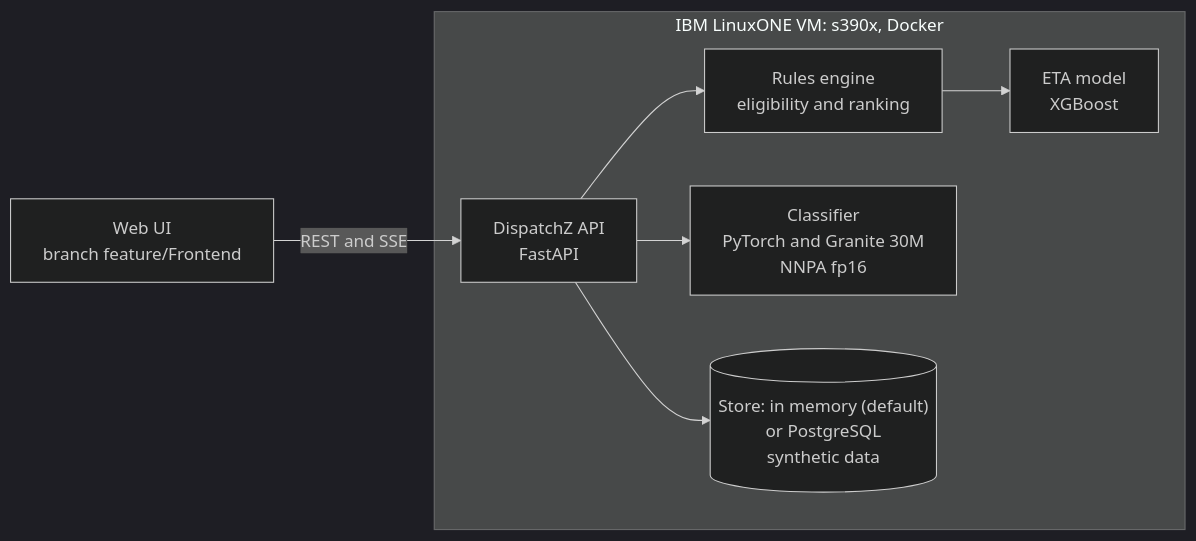
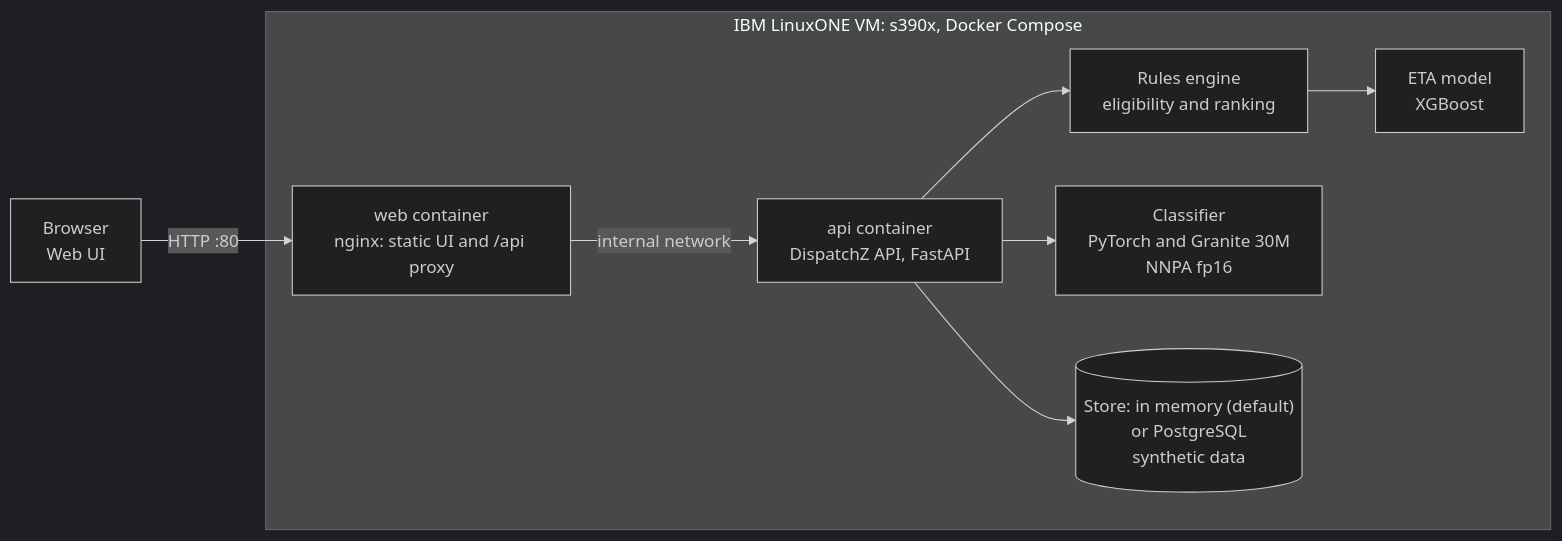
One commit to n-allen1/Huskies_IBM_Z_Datathon_2026_Project changed the second of 2 diagrams in README.md. Above: the diagram before and after it, drawn with Mermaid (dark theme). The commit also changed other lines of this file and 15 other files, not shown here.

First line of the commit message:
Deploy web UI and API as a Docker Compose stack on LinuxONE

````diff
--- a/README.md
+++ b/README.md
@@ -109,10 +188,11 @@
 ```mermaid
 flowchart LR
-    subgraph Z["IBM LinuxONE VM: s390x, Docker"]
-        API["DispatchZ API<br/>FastAPI"] --> RULES["Rules engine<br/>eligibility and ranking"]
+    UI["Browser<br/>Web UI"] -->|"HTTP :80"| WEB
+    subgraph Z["IBM LinuxONE VM: s390x, Docker Compose"]
+        WEB["web container<br/>nginx: static UI and /api proxy"] -->|"internal network"| API
+        API["api container<br/>DispatchZ API, FastAPI"] --> RULES["Rules engine<br/>eligibility and ranking"]
         API --> CLS["Classifier<br/>PyTorch and Granite 30M<br/>NNPA fp16"]
         RULES --> ETA["ETA model<br/>XGBoost"]
         API --> STORE[("Store: in memory (default)<br/>or PostgreSQL<br/>synthetic data")]
     end
-    UI["Web UI<br/>branch feature/Frontend"] -->|"REST and SSE"| API
 ```
````
